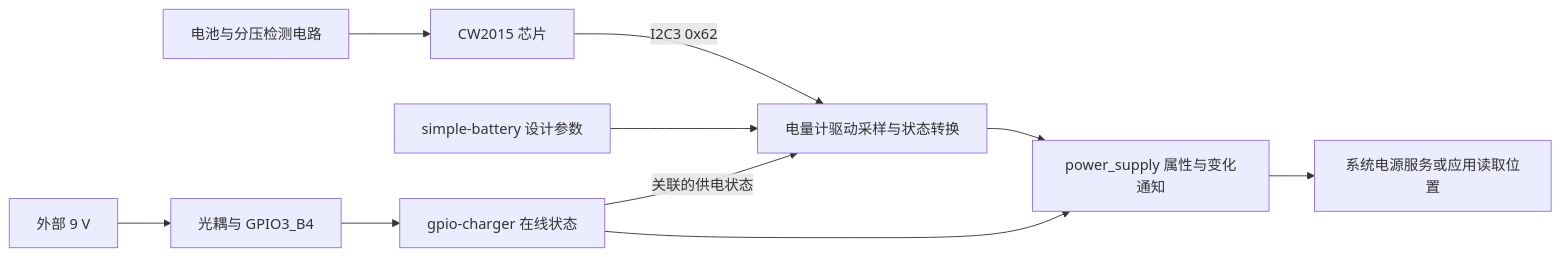
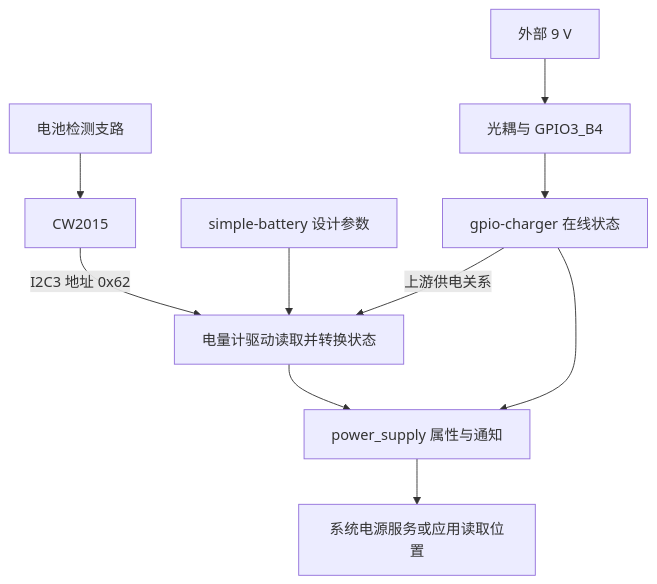
The diagram in docs/RK3566_项目学习/08_电量与外部供电.md (Bamboo-tt/RK3566_Ground_segment), drawn with Mermaid before and after one commit. The commit also changed other lines of this file and 19 other files, not shown here.

````diff
--- a/docs/RK3566_项目学习/08_电量与外部供电.md
+++ b/docs/RK3566_项目学习/08_电量与外部供电.md
@@ -67,12 +84,12 @@
 ```mermaid
-flowchart LR
-    B[电池与分压检测电路] --> C[CW2015 芯片]
-    C -->|I2C3 0x62| D[电量计驱动采样与状态转换]
+flowchart TD
+    B[电池检测支路] --> C[CW2015]
+    C -->|I2C3 地址 0x62| D[电量计驱动读取并转换状态]
     P[simple-battery 设计参数] --> D
     E[外部 9 V] --> O[光耦与 GPIO3_B4]
     O --> G[gpio-charger 在线状态]
-    G -->|关联的供电状态| D
-    D --> S[power_supply 属性与变化通知]
+    G -->|上游供电关系| D
+    D --> S[power_supply 属性与通知]
     G --> S
     S --> U[系统电源服务或应用读取位置]
 ```
````
